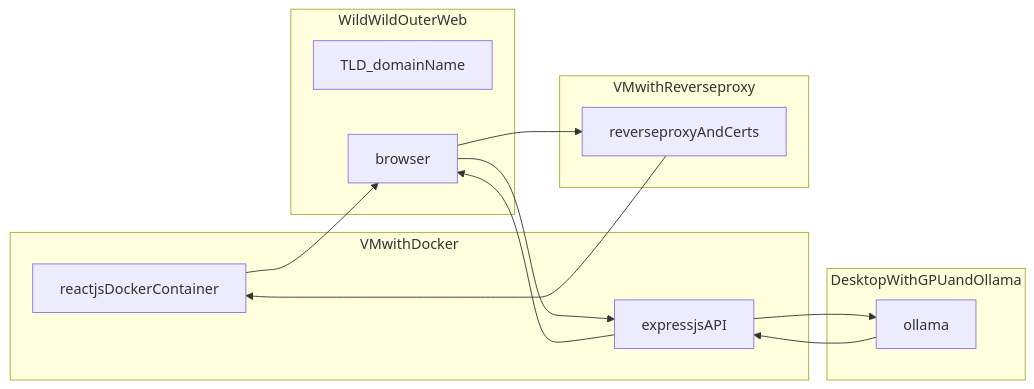
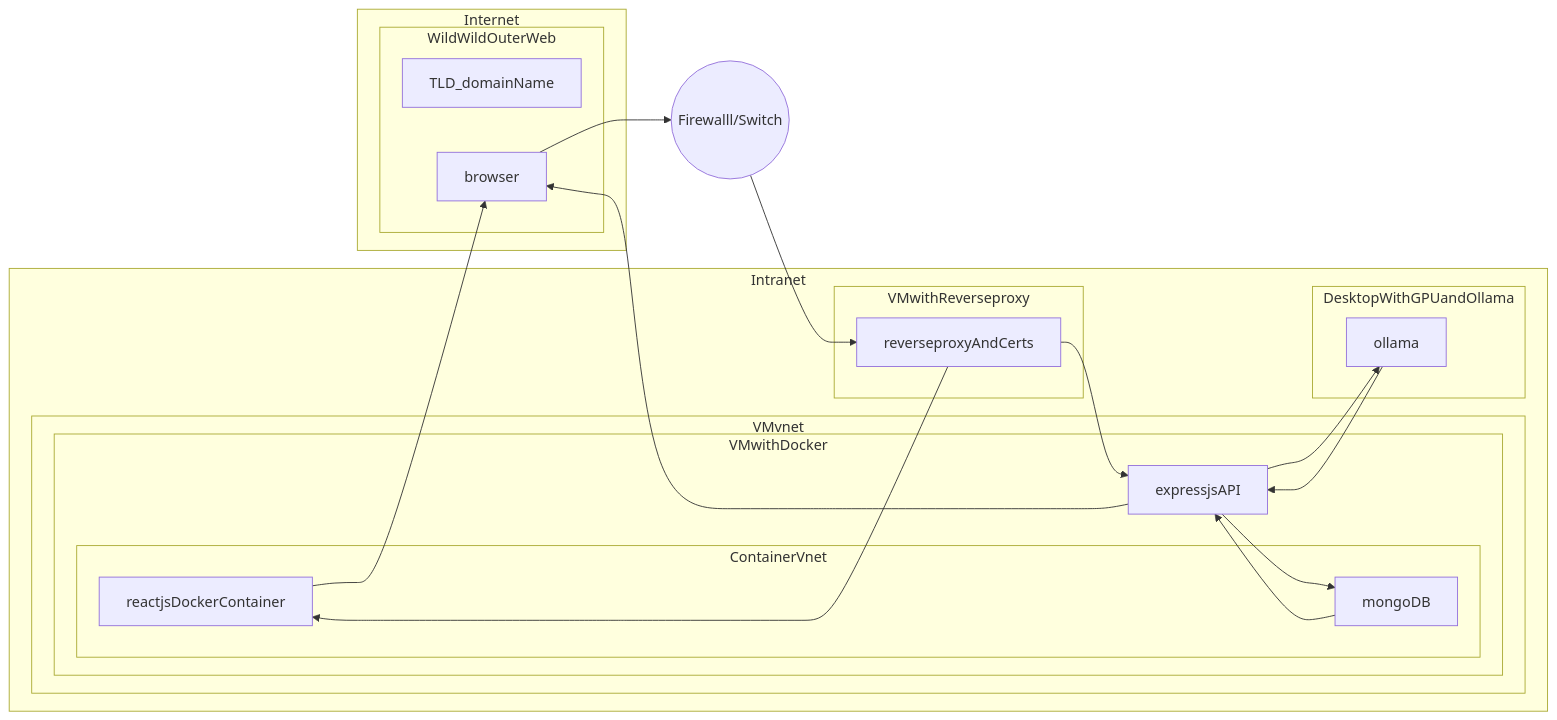
One commit to 0x6A4B/Metropolia changed the diagram in 2024_Syys/Web/STRUCTURE.md. Above: the diagram before and after it, drawn with Mermaid.

Commit message:
updated network/machine structure chart

````diff
--- a/2024_Syys/Web/STRUCTURE.md
+++ b/2024_Syys/Web/STRUCTURE.md
@@ -10,28 +10,57 @@
 ```mermaid
     flowchart LR
 
+    subgraph Internet
+        WildWildOuterWeb
+    end
+
+    subgraph Intranet
+        VMvnet
+        DesktopWithGPUandOllama
+        VMwithReverseproxy
+    end
+
+    subgraph ContainerVnet
+        reactjsDockerContainer
+        mongoDB
+    end
+
+    subgraph VMvnet
+        VMwithDocker
+    end
+
     subgraph VMwithDocker
-        reactjsDockerContainer
+        ContainerVnet
         expressjsAPI
     end
     subgraph DesktopWithGPUandOllama
         ollama
     end
     subgraph VMwithReverseproxy
         reverseproxyAndCerts
     end
 
     subgraph WildWildOuterWeb
         TLD_domainName
         browser
     end
 
-    browser --> reverseproxyAndCerts
+    %%Internet --> firewall_switch((Firewall/Switch))
+%%    firewall_switch --> Intranet
+    %%browser --> reverseproxyAndCerts
+    browser --> firewall_switch
     reverseproxyAndCerts --> reactjsDockerContainer
     reactjsDockerContainer --> browser
-    browser --> expressjsAPI
+%%    browser --> expressjsAPI
     expressjsAPI --> ollama
     ollama --> expressjsAPI
     expressjsAPI --> browser
+    expressjsAPI --> mongoDB
+    mongoDB --> expressjsAPI
+
+    firewall_switch((Firewalll/Switch)) --> reverseproxyAndCerts
+    reverseproxyAndCerts --> expressjsAPI
+
+
 
 ```
````
